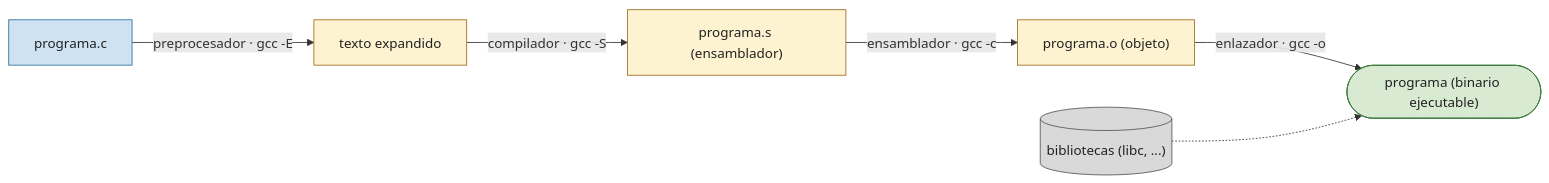
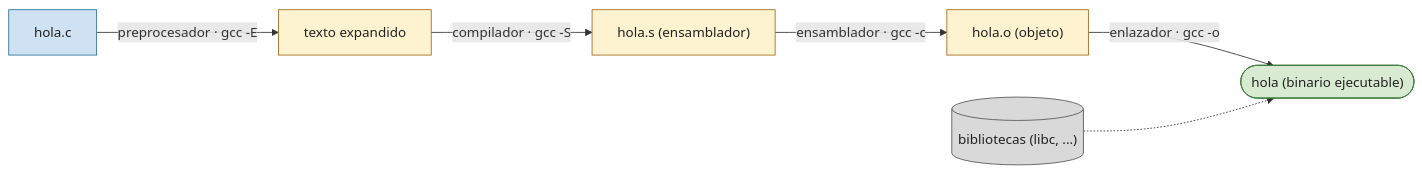
One commit to asiermarzo/ssoo changed the diagram in PRACTICA/00-shell-y-herramientas/README.md. Above: the diagram before and after it, drawn with Mermaid. The commit also changed other lines of this file and 7 other files, not shown here.

````diff
--- a/PRACTICA/00-shell-y-herramientas/README.md
+++ b/PRACTICA/00-shell-y-herramientas/README.md
@@ -65,18 +185,18 @@
 ```mermaid
 flowchart LR
-    C["programa.c"] -->|"preprocesador · gcc -E"| I["texto expandido"]
-    I -->|"compilador · gcc -S"| S["programa.s (ensamblador)"]
-    S -->|"ensamblador · gcc -c"| O["programa.o (objeto)"]
-    O -->|"enlazador · gcc -o"| B(["programa (binario ejecutable)"])
+    C["hola.c"] -->|"preprocesador · gcc -E"| I["texto expandido"]
+    I -->|"compilador · gcc -S"| S["hola.s (ensamblador)"]
+    S -->|"ensamblador · gcc -c"| O["hola.o (objeto)"]
+    O -->|"enlazador · gcc -o"| B(["hola (binario ejecutable)"])
     LIB[("bibliotecas (libc, ...)")] -.-> B
 
     classDef fuente fill:#cfe2f3,stroke:#2b6f99,color:#222;
     classDef intermedio fill:#fdf3d0,stroke:#a06a1a,color:#222;
     classDef binario fill:#d9ead3,stroke:#3a7a3a,color:#222;
     classDef biblioteca fill:#d9d9d9,stroke:#555,color:#222;
 
     class C fuente;
     class I,S,O intermedio;
     class B binario;
     class LIB biblioteca;
 ```
````
